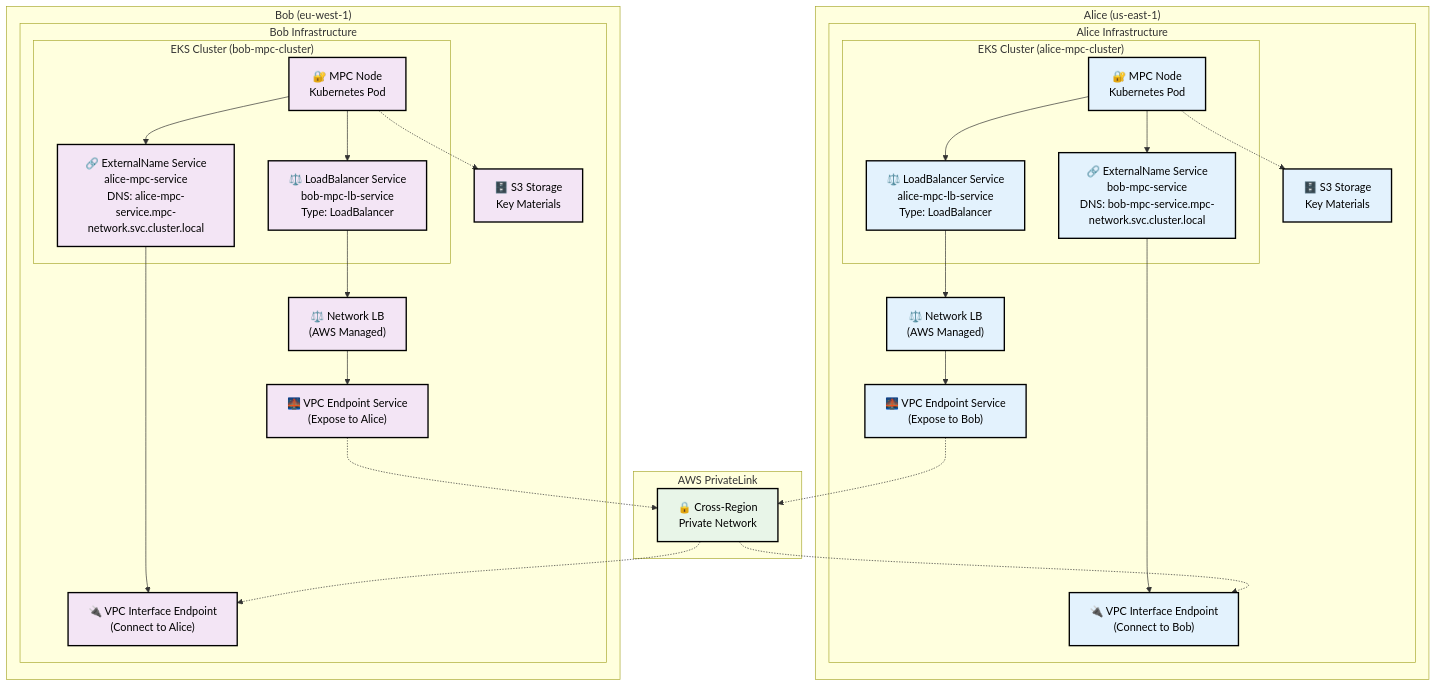
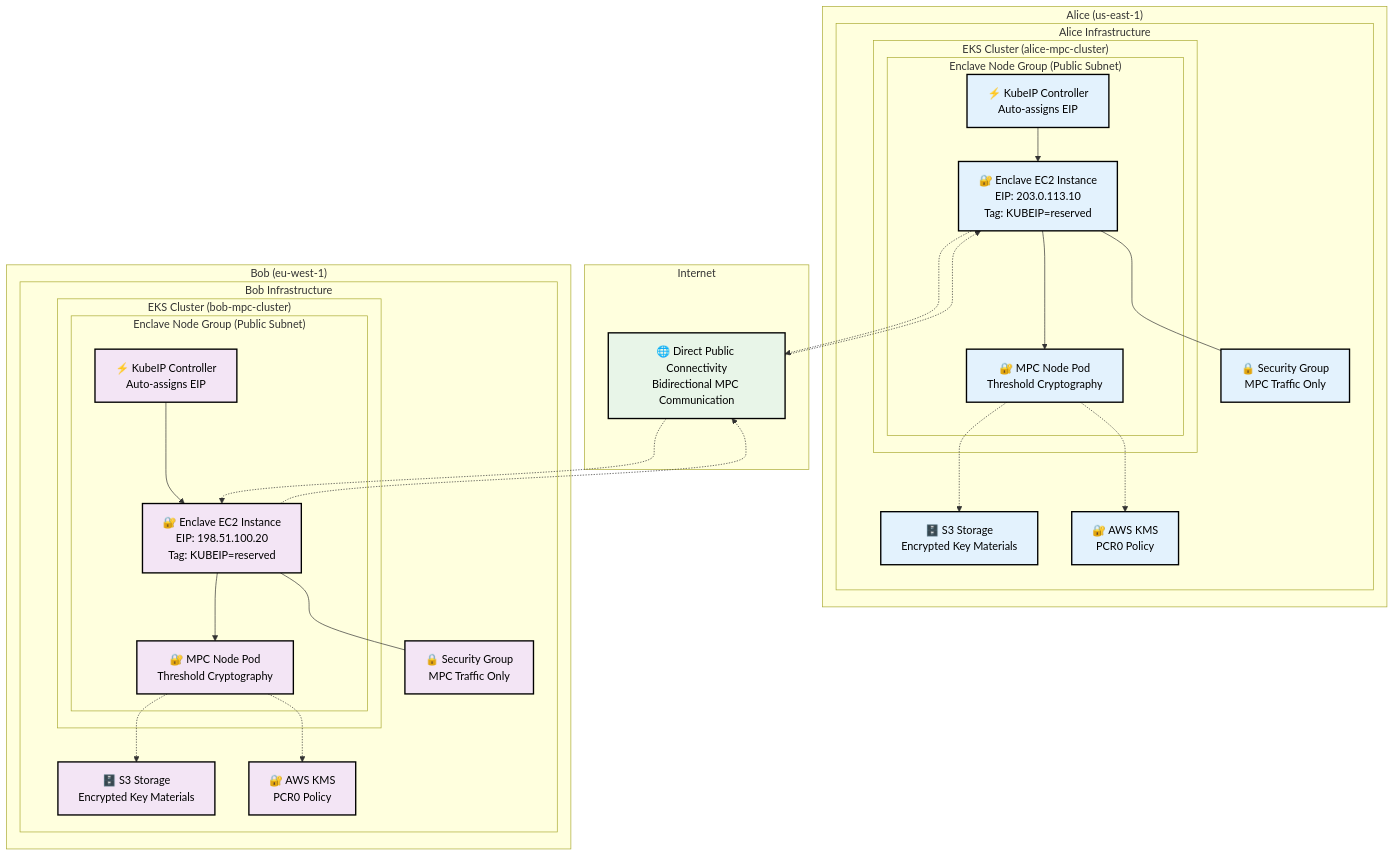
Before and after one commit to zama-ai/terraform-mpc-modules: the diagram in README.md, drawn with Mermaid. The commit also changed other lines of this file and 122 other files, not shown here.

````diff
--- a/README.md
+++ b/README.md
@@ -70,71 +51,68 @@
 ```mermaid
 graph TB
     subgraph "Alice (us-east-1)"
         subgraph "Alice Infrastructure"
             subgraph "EKS Cluster (alice-mpc-cluster)"
-                A_MPC["🔐 MPC Node<br/>Kubernetes Pod"]
-                A_EXT_SVC["🔗 ExternalName Service<br/>bob-mpc-service<br/>DNS: bob-mpc-service.mpc-network.svc.cluster.local"]
-                A_K8S_SVC["⚖️ LoadBalancer Service<br/>alice-mpc-lb-service<br/>Type: LoadBalancer"]
-                
-                A_MPC --> A_K8S_SVC
-                A_MPC --> A_EXT_SVC
+                subgraph "Enclave Node Group (Public Subnet)"
+                    A_NODE["🔐 Enclave EC2 Instance<br/>EIP: 203.0.113.10<br/>Tag: KUBEIP=reserved"]
+                    A_MPC["🔐 MPC Node Pod<br/>Threshold Cryptography"]
+                    A_KUBEIP["⚡ KubeIP Controller<br/>Auto-assigns EIP"]
+                    
+                    A_KUBEIP --> A_NODE
+                    A_NODE --> A_MPC
+                end
             end
             
-            A_NLB["⚖️ Network LB<br/>(AWS Managed)"]
-            A_S3["🗄️ S3 Storage<br/>Key Materials"]
-            A_PROVIDER["🌉 VPC Endpoint Service<br/>(Expose to Bob)"]
-            A_CONSUMER["🔌 VPC Interface Endpoint<br/>(Connect to Bob)"]
+            A_S3["🗄️ S3 Storage<br/>Encrypted Key Materials"]
+            A_KMS["🔐 AWS KMS<br/>PCR0 Policy"]
+            A_SG["🔒 Security Group<br/>MPC Traffic Only"]
             
-            A_K8S_SVC --> A_NLB
-            A_NLB --> A_PROVIDER
-            A_EXT_SVC --> A_CONSUMER
             A_MPC -.-> A_S3
+            A_MPC -.-> A_KMS
+            A_NODE --- A_SG
         end
     end
     
     subgraph "Bob (eu-west-1)"
         subgraph "Bob Infrastructure"
             subgraph "EKS Cluster (bob-mpc-cluster)"
-                B_MPC["🔐 MPC Node<br/>Kubernetes Pod"]
-                B_EXT_SVC["🔗 ExternalName Service<br/>alice-mpc-service<br/>DNS: alice-mpc-service.mpc-network.svc.cluster.local"]
-                B_K8S_SVC["⚖️ LoadBalancer Service<br/>bob-mpc-lb-service<br/>Type: LoadBalancer"]
-                
-                B_MPC --> B_K8S_SVC
-                B_MPC --> B_EXT_SVC
+                subgraph "Enclave Node Group (Public Subnet)"
+                    B_NODE["🔐 Enclave EC2 Instance<br/>EIP: 198.51.100.20<br/>Tag: KUBEIP=reserved"]
+                    B_MPC["🔐 MPC Node Pod<br/>Threshold Cryptography"]
+                    B_KUBEIP["⚡ KubeIP Controller<br/>Auto-assigns EIP"]
+                    
+                    B_KUBEIP --> B_NODE
+                    B_NODE --> B_MPC
+                end
             end
             
-            B_NLB["⚖️ Network LB<br/>(AWS Managed)"]
-            B_S3["🗄️ S3 Storage<br/>Key Materials"]
-            B_PROVIDER["🌉 VPC Endpoint Service<br/>(Expose to Alice)"]
-            B_CONSUMER["🔌 VPC Interface Endpoint<br/>(Connect to Alice)"]
+            B_S3["🗄️ S3 Storage<br/>Encrypted Key Materials"]
+            B_KMS["🔐 AWS KMS<br/>PCR0 Policy"]
+            B_SG["🔒 Security Group<br/>MPC Traffic Only"]
             
-            B_K8S_SVC --> B_NLB
-            B_NLB --> B_PROVIDER
-            B_EXT_SVC --> B_CONSUMER
             B_MPC -.-> B_S3
+            B_MPC -.-> B_KMS
+            B_NODE --- B_SG
         end
     end
     
-    subgraph "AWS PrivateLink"
-        PL["🔒 Cross-Region<br/>Private Network"]
+    subgraph "Internet"
+        INET["🌐 Direct Public Connectivity<br/>Bidirectional MPC Communication"]
     end
     
     %% Bidirectional connections
-    A_PROVIDER -.-> PL
-    B_PROVIDER -.-> PL
-    PL -.-> A_CONSUMER
-    PL -.-> B_CONSUMER
-    
-
+    A_NODE -.-> INET
+    B_NODE -.-> INET
+    INET -.-> A_NODE
+    INET -.-> B_NODE
     
     %% Styling
     classDef alice fill:#e3f2fd,stroke:#000000,stroke-width:2px,color:#000000
     classDef bob fill:#f3e5f5,stroke:#000000,stroke-width:2px,color:#000000
     classDef network fill:#e8f5e8,stroke:#000000,stroke-width:2px,color:#000000
-    classDef benefit fill:#f5f5f5,stroke:#000000,stroke-width:2px,color:#000000
+    classDef security fill:#fff3e0,stroke:#000000,stroke-width:2px,color:#000000
     
-    class A_MPC,A_EXT_SVC,A_K8S_SVC,A_NLB,A_S3,A_PROVIDER,A_CONSUMER alice
-    class B_MPC,B_EXT_SVC,B_K8S_SVC,B_NLB,B_S3,B_PROVIDER,B_CONSUMER bob
-    class PL network
-    class BENEFIT1,BENEFIT2,BENEFIT3,BENEFIT4 benefit
+    class A_NODE,A_MPC,A_KUBEIP,A_S3,A_KMS,A_SG alice
+    class B_NODE,B_MPC,B_KUBEIP,B_S3,B_KMS,B_SG bob
+    class INET network
 ```
````
